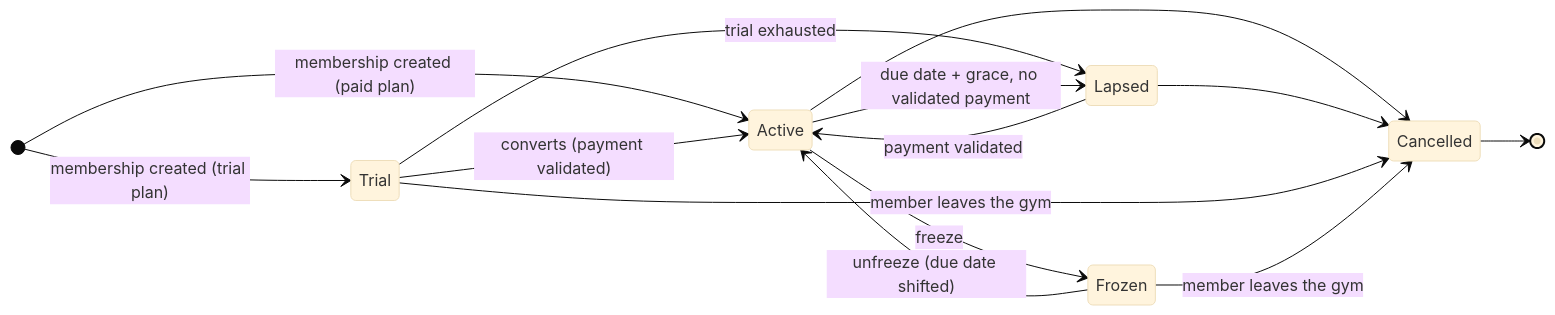
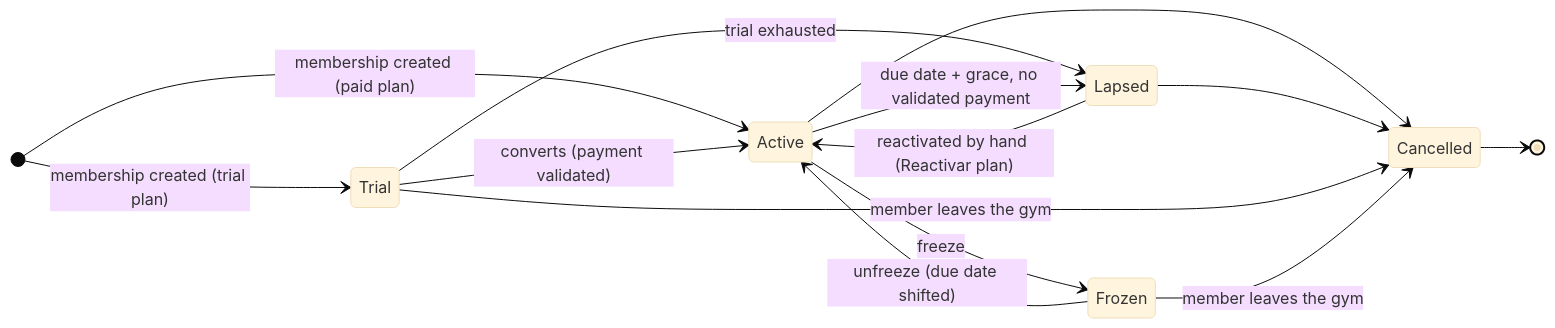
The first of 3 diagrams in docs/technical.md (rakin-app/rakin), drawn with Mermaid (base theme) before and after one commit. The commit also changed other lines of this file and 14 other files, not shown here.

First line of the commit message:
Reactivar plan caducado: bring a lapsed plan back, billing from where it left off or from today (#304)

````diff
--- a/docs/technical.md
+++ b/docs/technical.md
@@ -87,17 +87,17 @@
 ```mermaid
 stateDiagram-v2
     direction LR
     [*] --> Trial: membership created (trial plan)
     [*] --> Active: membership created (paid plan)
     Trial --> Active: converts (payment validated)
     Trial --> Lapsed: trial exhausted
     Active --> Frozen: freeze
     Frozen --> Active: unfreeze (due date shifted)
     Active --> Lapsed: due date + grace, no validated payment
-    Lapsed --> Active: payment validated
+    Lapsed --> Active: reactivated by hand (Reactivar plan)
     Active --> Cancelled
     Lapsed --> Cancelled
     Trial --> Cancelled: member leaves the gym
     Frozen --> Cancelled: member leaves the gym
     Cancelled --> [*]
 ```
````
